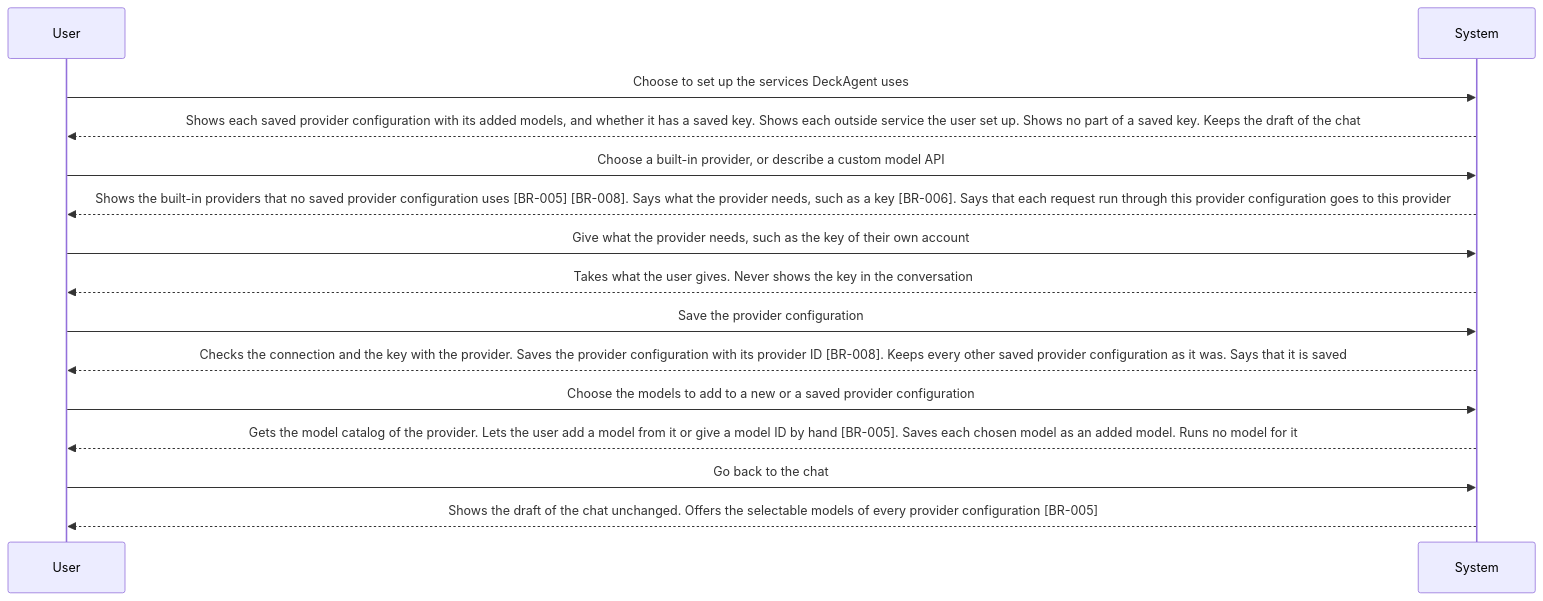
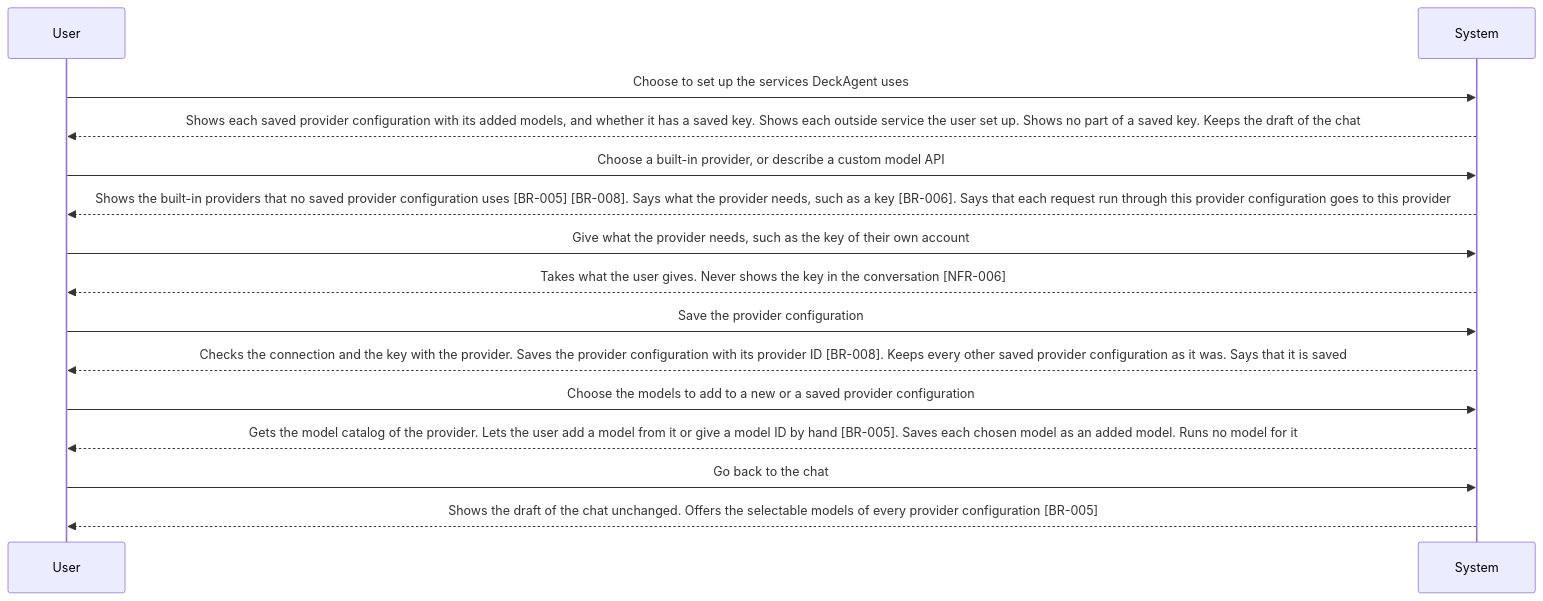
One commit to Luke23127006/DeckAgent changed the diagram in dev/spec/02-use-cases/UC-005.md. Above: the diagram before and after it, drawn with Mermaid. The commit also changed other lines of this file and 15 other files, not shown here.

````diff
--- a/dev/spec/02-use-cases/UC-005.md
+++ b/dev/spec/02-use-cases/UC-005.md
@@ -16,17 +16,17 @@
 ```mermaid
 sequenceDiagram
   participant U as User
   participant S as System
   U->>S: Choose to set up the services DeckAgent uses
   S-->>U: Shows each saved provider configuration with its added models, and whether it has a saved key. Shows each outside service the user set up. Shows no part of a saved key. Keeps the draft of the chat
   U->>S: Choose a built-in provider, or describe a custom model API
   S-->>U: Shows the built-in providers that no saved provider configuration uses [BR-005] [BR-008]. Says what the provider needs, such as a key [BR-006]. Says that each request run through this provider configuration goes to this provider
   U->>S: Give what the provider needs, such as the key of their own account
-  S-->>U: Takes what the user gives. Never shows the key in the conversation
+  S-->>U: Takes what the user gives. Never shows the key in the conversation [NFR-006]
   U->>S: Save the provider configuration
   S-->>U: Checks the connection and the key with the provider. Saves the provider configuration with its provider ID [BR-008]. Keeps every other saved provider configuration as it was. Says that it is saved
   U->>S: Choose the models to add to a new or a saved provider configuration
   S-->>U: Gets the model catalog of the provider. Lets the user add a model from it or give a model ID by hand [BR-005]. Saves each chosen model as an added model. Runs no model for it
   U->>S: Go back to the chat
   S-->>U: Shows the draft of the chat unchanged. Offers the selectable models of every provider configuration [BR-005]
 ```
````
